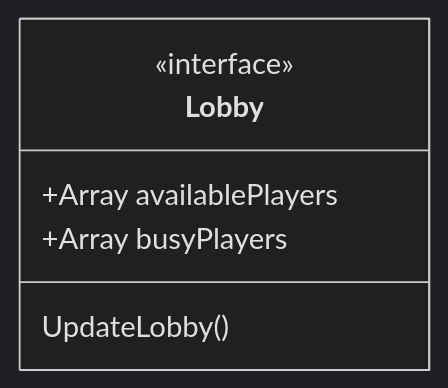
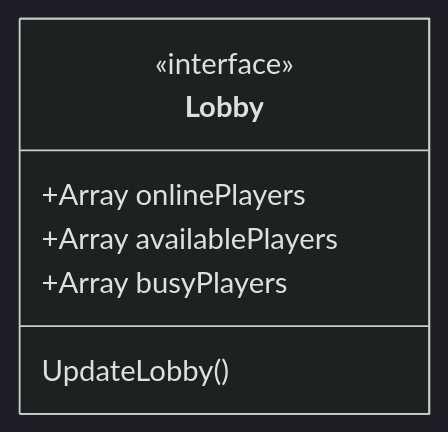
Before and after one commit to Icarusoncloud9/Rock-Paper-Scissors: the third of 6 diagrams in README.md, drawn with Mermaid (dark theme). The commit also changed other lines of this file and 6 other files, not shown here.

````diff
--- a/README.md
+++ b/README.md
@@ -99,11 +99,12 @@
 ```mermaid
 classDiagram
 class Lobby {
     <<interface>>
 
+    +Array onlinePlayers
     +Array availablePlayers
     +Array busyPlayers
 
     UpdateLobby()
 }
 ```
````
